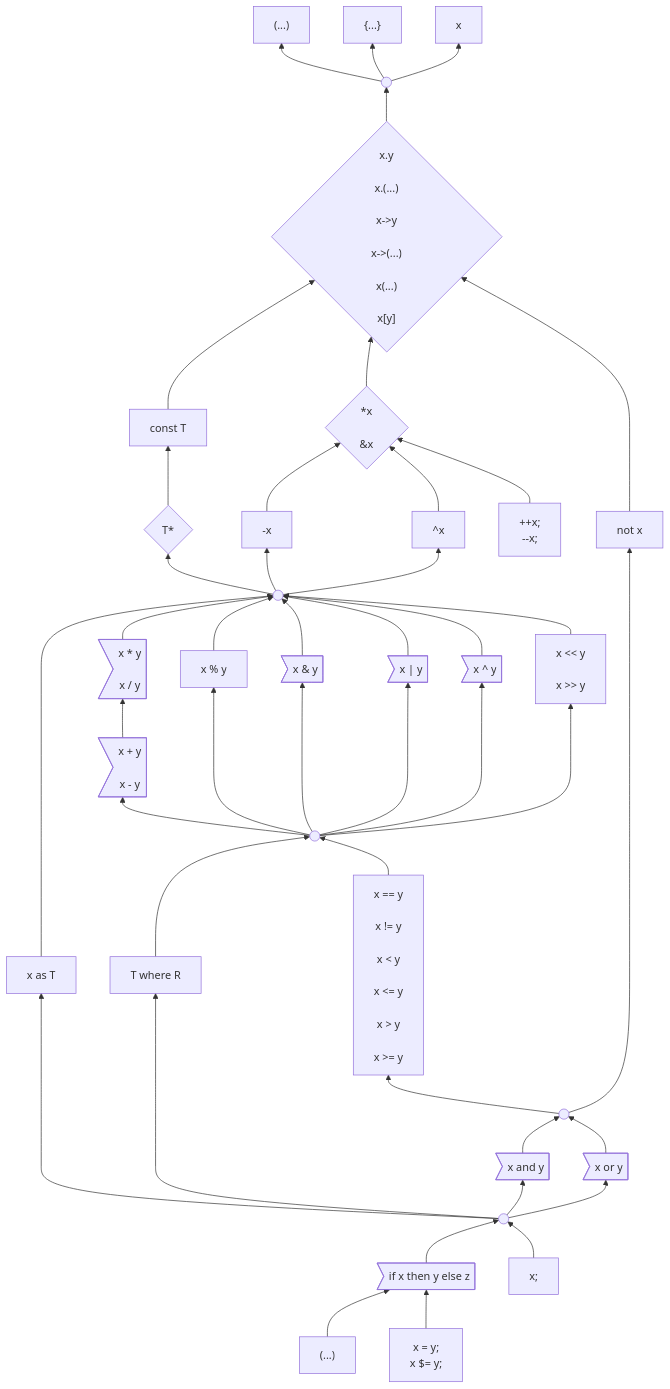
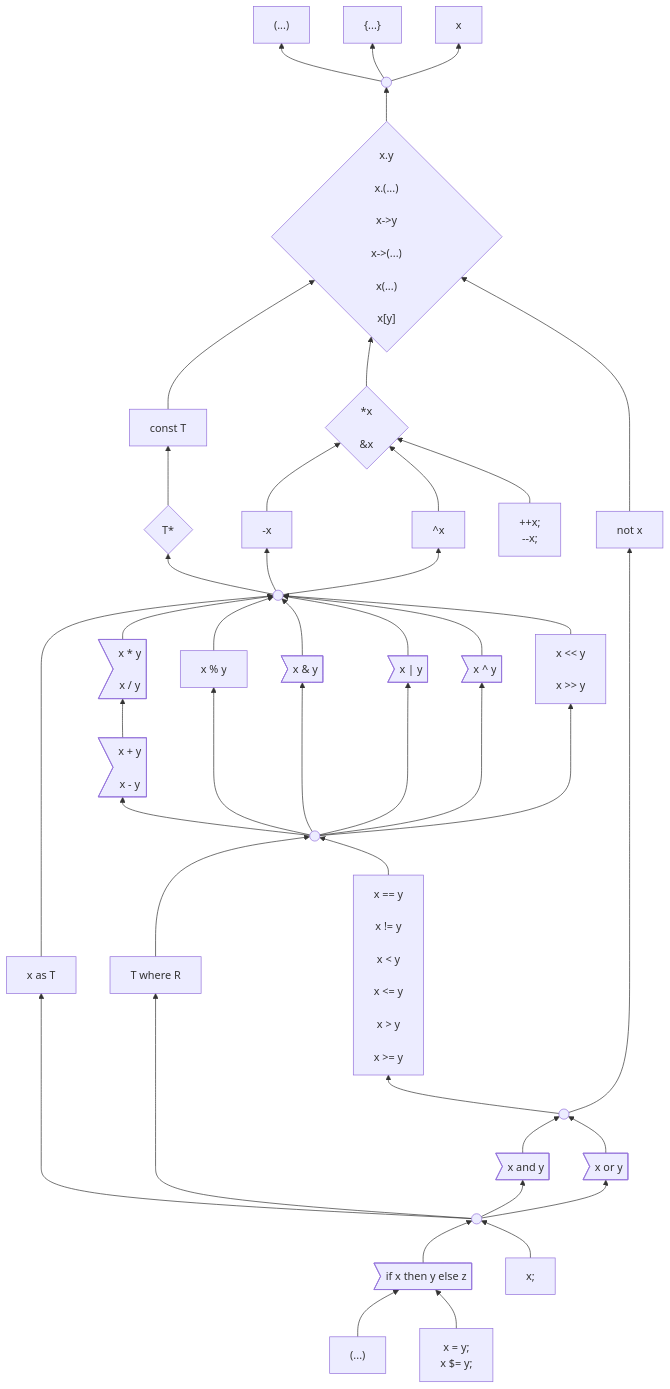
One commit to carbon-language/carbon-lang changed the first of 3 diagrams in docs/design/expressions/README.md. Above: the diagram before and after it, drawn with Mermaid.

Commit message:
Checkpoint progress.

```diff
--- a/docs/design/expressions/README.md
+++ b/docs/design/expressions/README.md
@@ -183,7 +183,7 @@
     and & or --> logicalOperand
     logicalExpression ----> as
     logicalExpression ----> where
-    logicalExpression ~~~ HIDDEN:::hidden
+    %% logicalExpression ~~~ HIDDEN:::hidden
     logicalExpression --> and & or
     if & expressionStatement --> logicalExpression
     insideParens & assignment --> if
```
